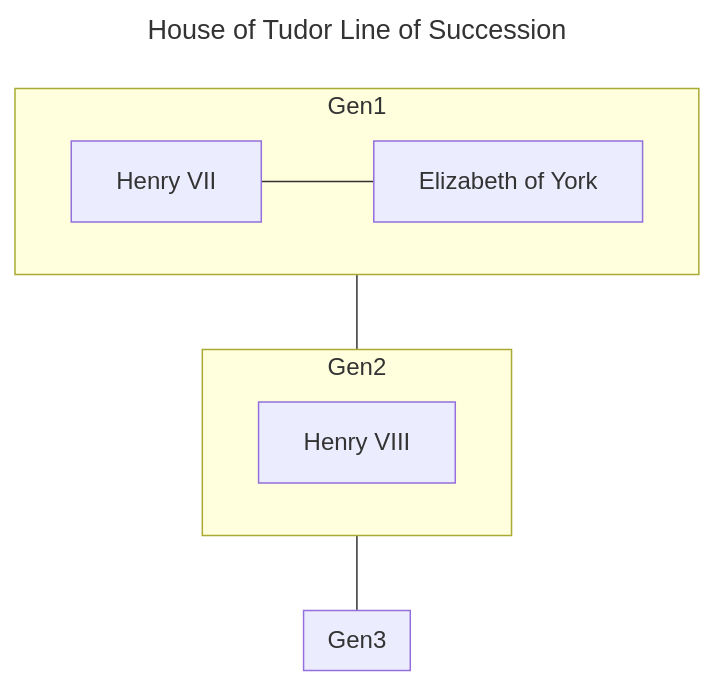
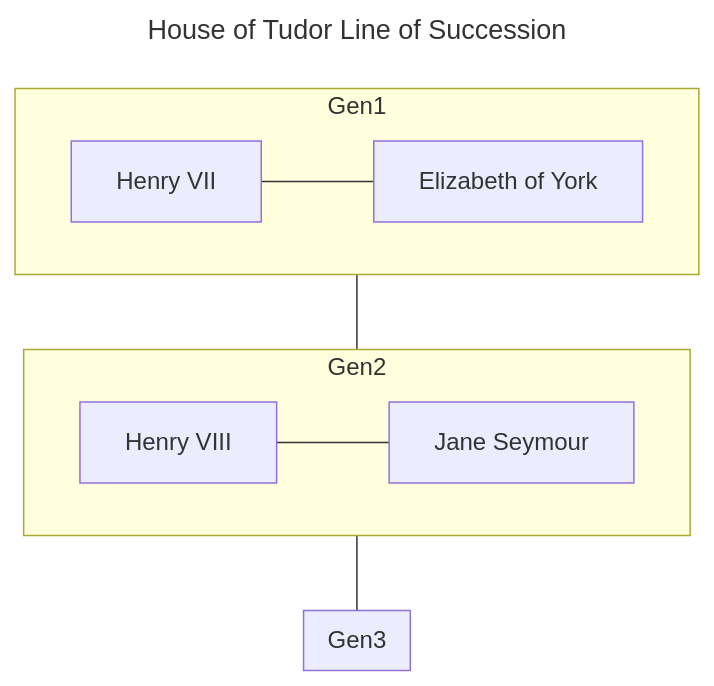
One commit to mercedesb/house-of-tudor changed the diagram in index.md. Above: the diagram before and after it, drawn with Mermaid.

Commit message:
Married Jane Seymour

````diff
--- a/index.md
+++ b/index.md
@@ -1,17 +1,17 @@
 ```mermaid
 ---
 title: House of Tudor Line of Succession
 ---
 flowchart
   subgraph Gen3
   end
   subgraph Gen2
-    H8[Henry VIII]
+    H8[Henry VIII]---J[Jane Seymour]
   end
   subgraph Gen1
     H7[Henry VII]---E[Elizabeth of York]
   end
 
   Gen1---Gen2
   Gen2---Gen3
 ```
````
